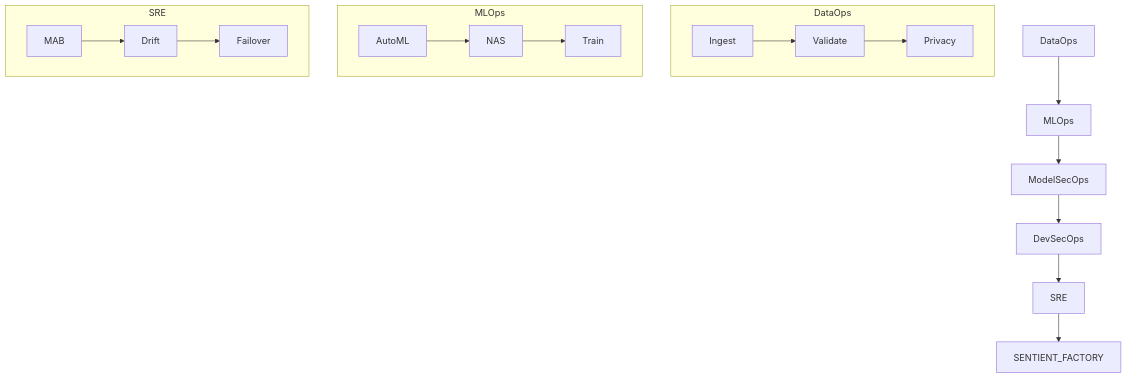
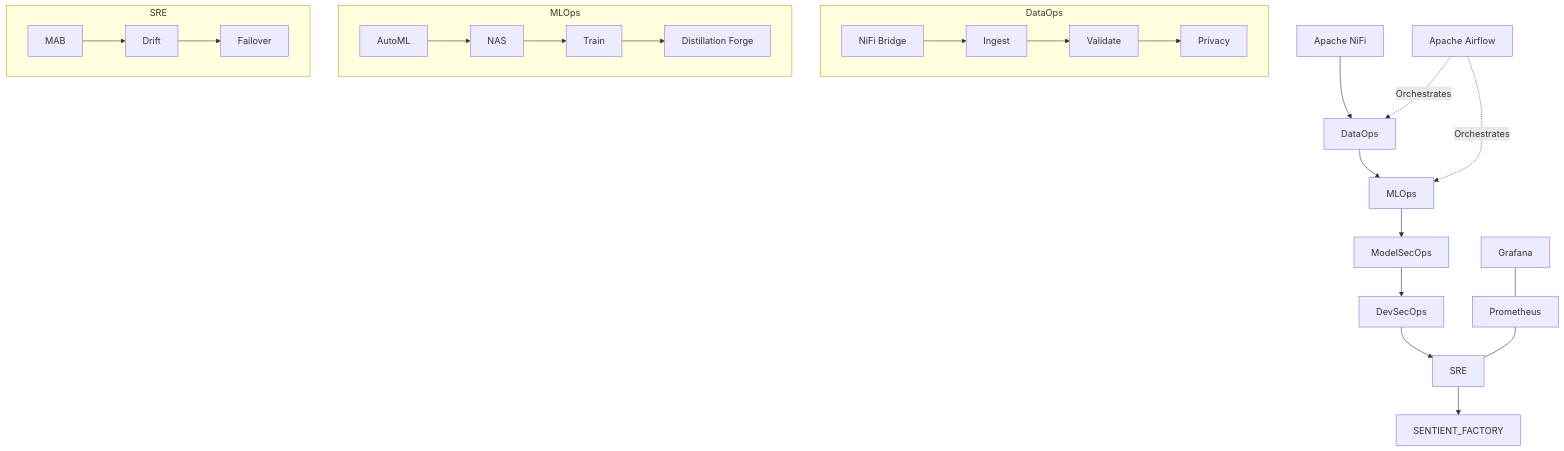
The diagram in PIPELINE_MAP.md (GauravSahu2/SAMOS-Secure-Advanced-MLOps-Orchestration-System), drawn with Mermaid before and after one commit. The commit also changed 149 other files, not shown here.

````diff
--- a/PIPELINE_MAP.md
+++ b/PIPELINE_MAP.md
@@ -3,17 +3,22 @@
 ```mermaid
 graph TD
+  NiFi[Apache NiFi] --> A[DataOps]
+  Airflow[Apache Airflow] -.->|Orchestrates| A
+  Airflow -.->|Orchestrates| B
   A[DataOps] --> B[MLOps]
   B --> C[ModelSecOps]
   C --> D[DevSecOps]
   D --> E[SRE]
   E --> F[SENTIENT_FACTORY]
   subgraph DataOps
-    A1[Ingest] --> A2[Validate] --> A3[Privacy]
+    A0[NiFi Bridge] --> A1[Ingest] --> A2[Validate] --> A3[Privacy]
   end
   subgraph MLOps
-    B1[AutoML] --> B2[NAS] --> B3[Train]
+    B1[AutoML] --> B2[NAS] --> B3[Train] --> B4[Distillation Forge]
   end
   subgraph SRE
     E1[MAB] --> E2[Drift] --> E3[Failover]
   end
+  Prometheus[Prometheus] --- E
+  Grafana[Grafana] --- Prometheus
 ```
````
